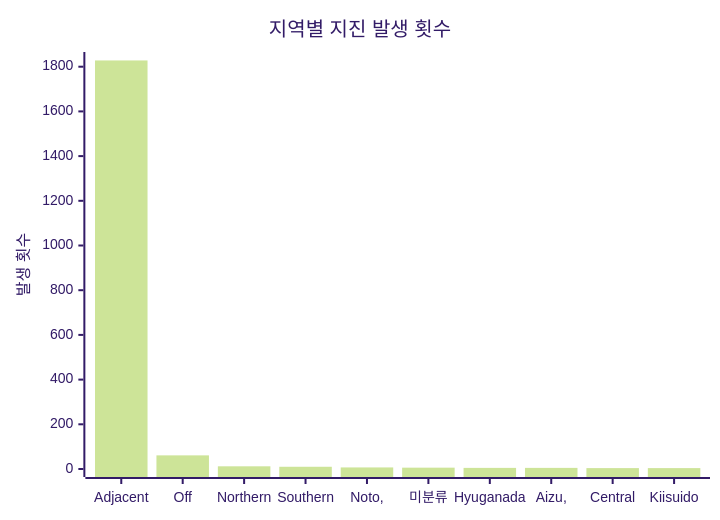
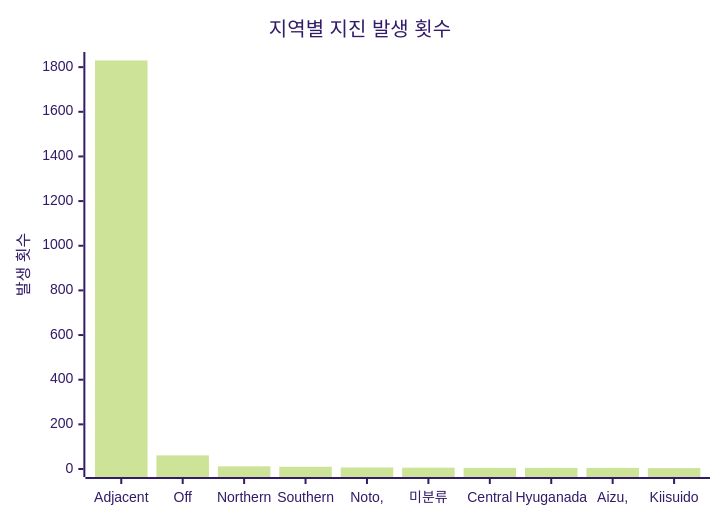
Before and after one commit to serendip811/japan-eq: the diagram in charts/region-chart.md, drawn with Mermaid (forest theme). The commit also changed other lines of this file and 5 other files, not shown here.

Commit message:
Update earthquake data and charts Mon Jul 14 13:15:06 UTC 2025

````diff
--- a/charts/region-chart.md
+++ b/charts/region-chart.md
@@ -3,7 +3,7 @@
 ```mermaid
 xychart-beta
     title "지역별 지진 발생 횟수"
-    x-axis ["Adjacent", "Off", "Northern", "Southern", "Noto,", "미분류", "Hyuganada", "Aizu,", "Central", "Kiisuido"]
-    y-axis "발생 횟수" 0 --> 1830
-    bar [1828, 61, 12, 10, 7, 6, 5, 5, 4, 4]
+    x-axis ["Adjacent", "Off", "Northern", "Southern", "Noto,", "미분류", "Central", "Hyuganada", "Aizu,", "Kiisuido"]
+    y-axis "발생 횟수" 0 --> 1832
+    bar [1830, 61, 12, 10, 7, 6, 5, 5, 5, 4]
 ```
````
